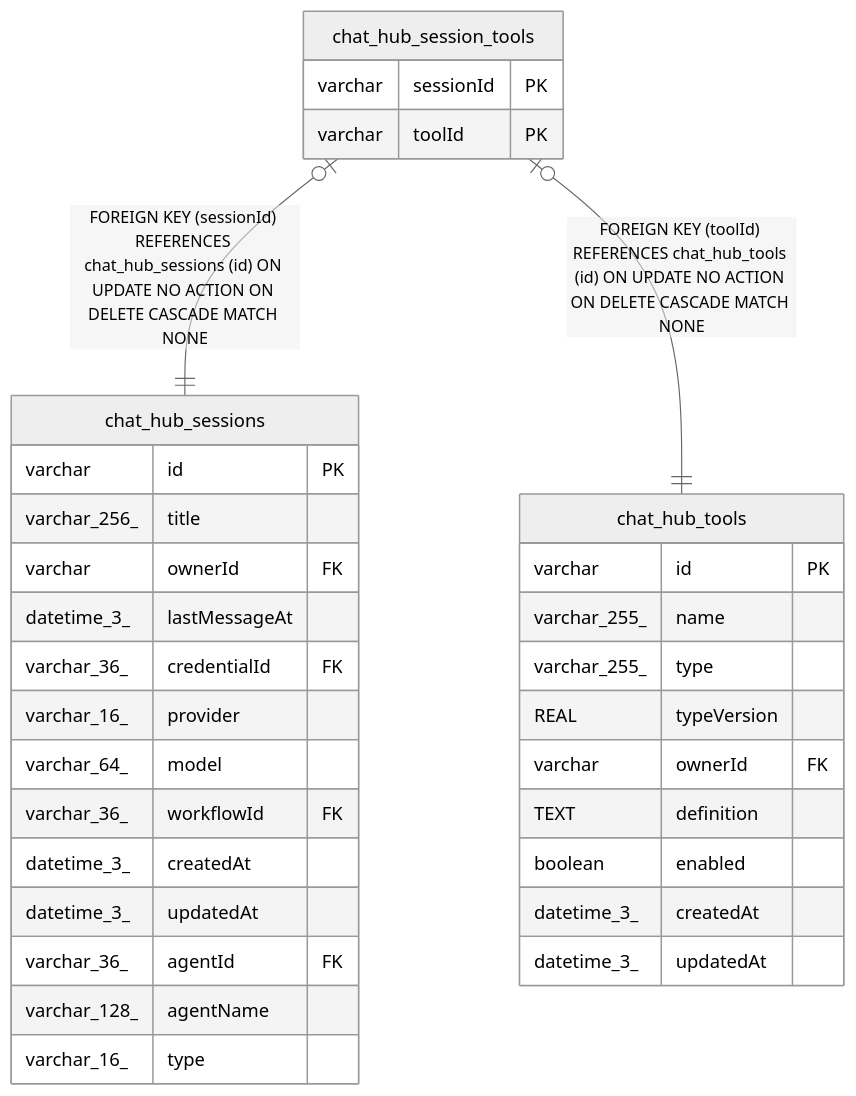
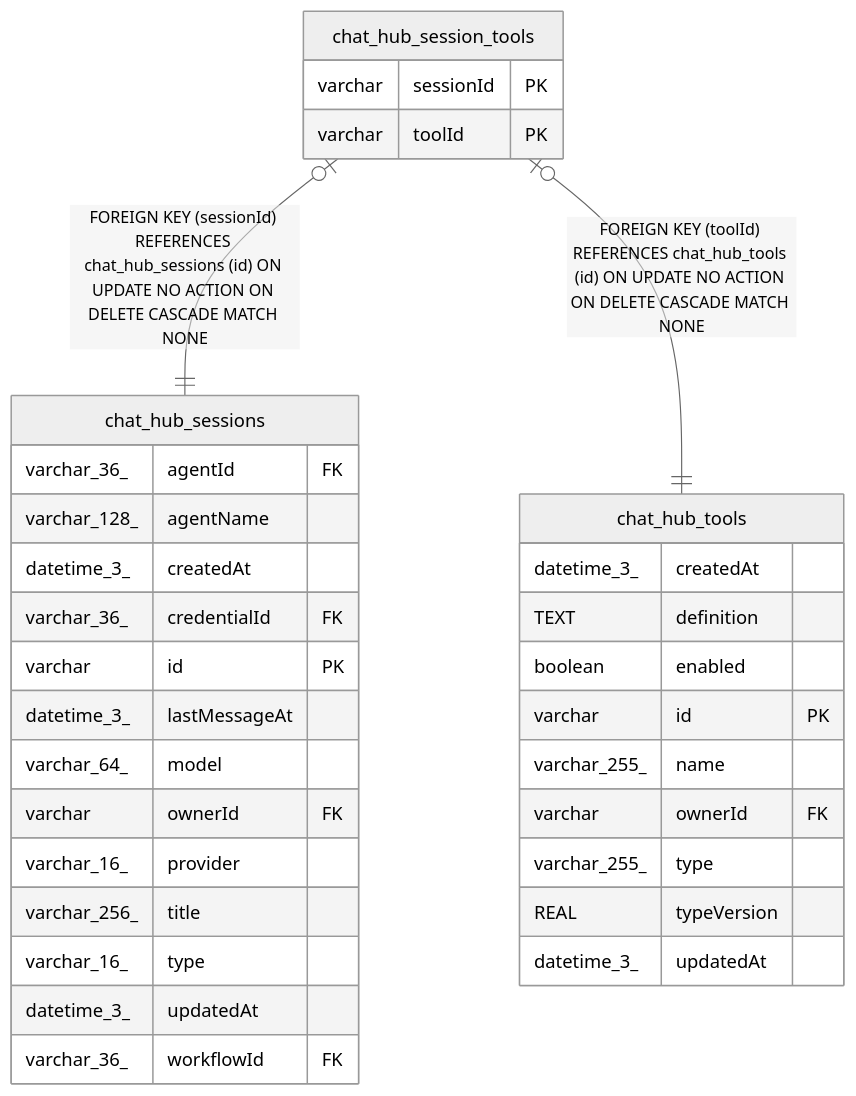
The diagram in docs/generated/sqlite-schema/chat_hub_session_tools.md (mayankjain1815-commits/n8n), drawn with Mermaid (neutral theme) before and after one commit. The commit also changed other lines of this file and 221 other files, not shown here.

Commit message:
chore(core): Make DB schema docs generation deterministic (#32373)

````diff
--- a/docs/generated/sqlite-schema/chat_hub_session_tools.md
+++ b/docs/generated/sqlite-schema/chat_hub_session_tools.md
@@ -39,37 +39,37 @@
 ```mermaid
 erDiagram
 
 "chat_hub_session_tools" |o--|| "chat_hub_sessions" : "FOREIGN KEY (sessionId) REFERENCES chat_hub_sessions (id) ON UPDATE NO ACTION ON DELETE CASCADE MATCH NONE"
 "chat_hub_session_tools" |o--|| "chat_hub_tools" : "FOREIGN KEY (toolId) REFERENCES chat_hub_tools (id) ON UPDATE NO ACTION ON DELETE CASCADE MATCH NONE"
 
 "chat_hub_session_tools" {
   varchar sessionId PK
   varchar toolId PK
 }
 "chat_hub_sessions" {
-  varchar id PK
-  varchar_256_ title
-  varchar ownerId FK
-  datetime_3_ lastMessageAt
-  varchar_36_ credentialId FK
-  varchar_16_ provider
-  varchar_64_ model
-  varchar_36_ workflowId FK
-  datetime_3_ createdAt
-  datetime_3_ updatedAt
   varchar_36_ agentId FK
   varchar_128_ agentName
+  datetime_3_ createdAt
+  varchar_36_ credentialId FK
+  varchar id PK
+  datetime_3_ lastMessageAt
+  varchar_64_ model
+  varchar ownerId FK
+  varchar_16_ provider
+  varchar_256_ title
   varchar_16_ type
+  datetime_3_ updatedAt
+  varchar_36_ workflowId FK
 }
 "chat_hub_tools" {
+  datetime_3_ createdAt
+  TEXT definition
+  boolean enabled
   varchar id PK
   varchar_255_ name
+  varchar ownerId FK
   varchar_255_ type
   REAL typeVersion
-  varchar ownerId FK
-  TEXT definition
-  boolean enabled
-  datetime_3_ createdAt
   datetime_3_ updatedAt
 }
 ```
````
